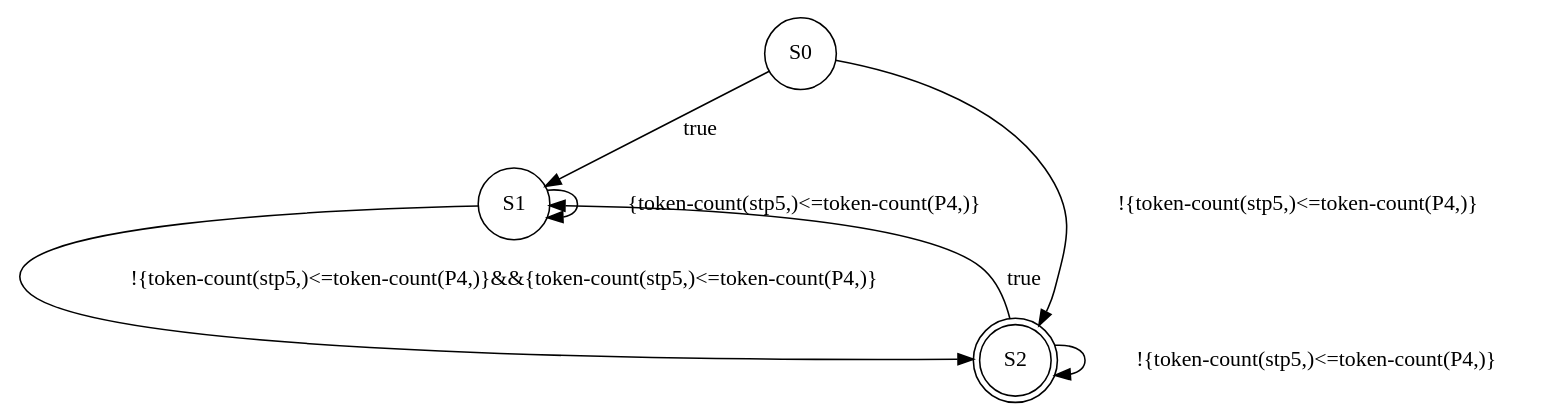
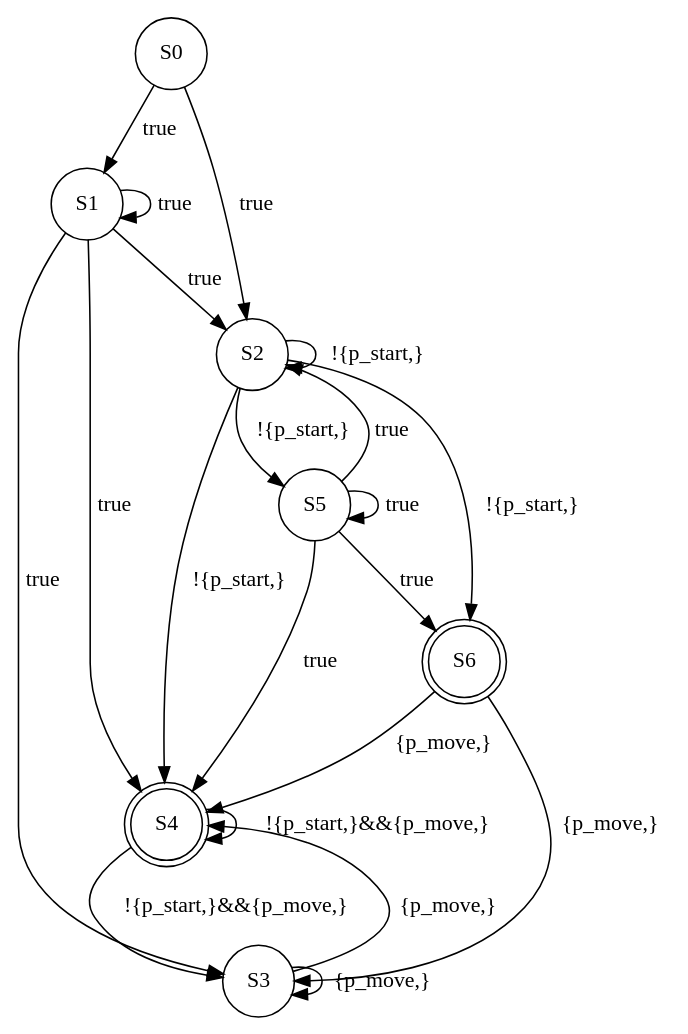
One commit to Tj-Cong/EnPAC_2021_RD changed the diagram in cmake-build-debug/BA.dot. Above: the diagram before and after it, drawn with Graphviz. The commit also changed 36 other files, not shown here.

```diff
--- a/cmake-build-debug/BA.dot
+++ b/cmake-build-debug/BA.dot
@@ -1,12 +1,30 @@
 digraph BA {
 	S0 [shape=circle]
 	S1 [shape=circle]
-	S2 [shape=doublecircle]
+	S2 [shape=circle]
+	S3 [shape=circle]
+	S4 [shape=doublecircle]
+	S5 [shape=circle]
+	S6 [shape=doublecircle]
 
-	S0->S2 [label="!{token-count(stp5,)<=token-count(P4,)}"]
+	S0->S2 [label="true"]
 	S0->S1 [label="true"]
-	S1->S2 [label="!{token-count(stp5,)<=token-count(P4,)}&&{token-count(stp5,)<=token-count(P4,)}"]
-	S1->S1 [label="{token-count(stp5,)<=token-count(P4,)}"]
-	S2->S2 [label="!{token-count(stp5,)<=token-count(P4,)}"]
-	S2->S1 [label="true"]
+	S1->S4 [label="true"]
+	S1->S2 [label="true"]
+	S1->S3 [label="true"]
+	S1->S1 [label="true"]
+	S2->S4 [label="!{p_start,}"]
+	S2->S2 [label="!{p_start,}"]
+	S2->S6 [label="!{p_start,}"]
+	S2->S5 [label="!{p_start,}"]
+	S3->S4 [label="{p_move,}"]
+	S3->S3 [label="{p_move,}"]
+	S4->S4 [label="!{p_start,}&&{p_move,}"]
+	S4->S3 [label="!{p_start,}&&{p_move,}"]
+	S5->S4 [label="true"]
+	S5->S2 [label="true"]
+	S5->S6 [label="true"]
+	S5->S5 [label="true"]
+	S6->S4 [label="{p_move,}"]
+	S6->S3 [label="{p_move,}"]
 }
```
